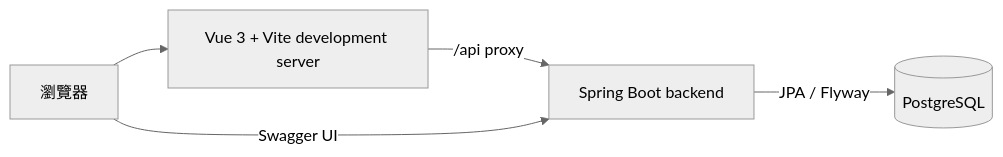
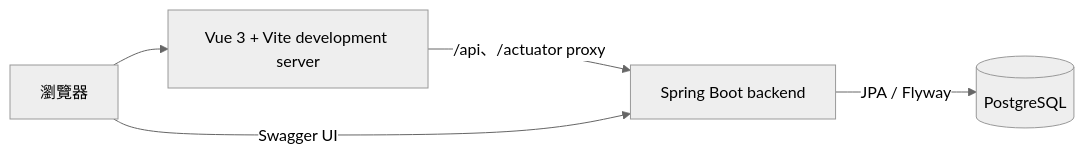
Before and after one commit to s223548876/ShopFlow: the first of 3 diagrams in docs/architecture.md, drawn with Mermaid (neutral theme). The commit also changed other lines of this file and 4 other files, not shown here.

````diff
--- a/docs/architecture.md
+++ b/docs/architecture.md
@@ -13,7 +13,7 @@
 ```mermaid
 flowchart LR
     Browser["瀏覽器"] --> Vite["Vue 3 + Vite development server"]
-    Vite -->|"/api proxy"| Backend["Spring Boot backend"]
+    Vite -->|"/api、/actuator proxy"| Backend["Spring Boot backend"]
     Browser -->|"Swagger UI"| Backend
     Backend -->|"JPA / Flyway"| DB[(PostgreSQL)]
 ```
````
